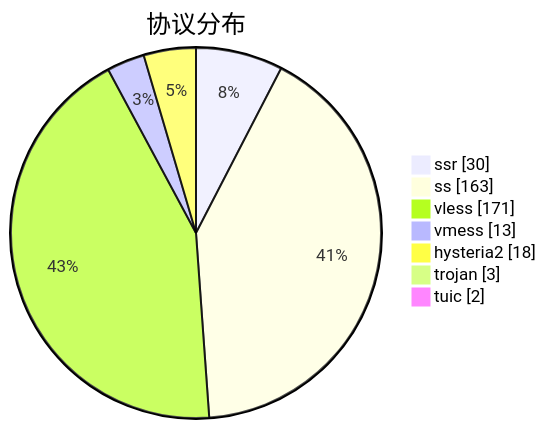
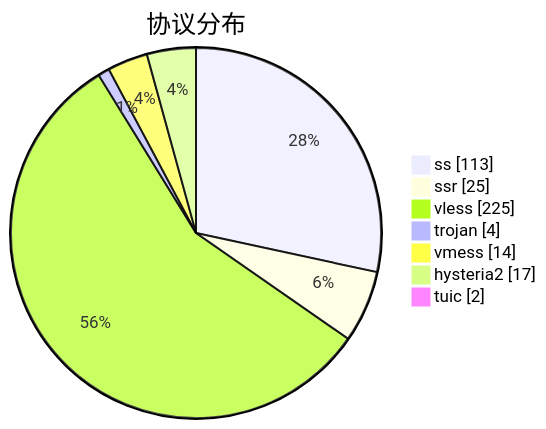
Before and after one commit to qjlxg/airport: the third of 3 diagrams in subs/statistics/tested_within.md, drawn with Mermaid. The commit also changed other lines of this file and 2 other files, not shown here.

````diff
--- a/subs/statistics/tested_within.md
+++ b/subs/statistics/tested_within.md
@@ -32,11 +28,11 @@
 ```mermaid
 pie showData
 title 协议分布
-"ssr" : 30
-"ss" : 163
-"vless" : 171
-"vmess" : 13
-"hysteria2" : 18
-"trojan" : 3
+"ss" : 113
+"ssr" : 25
+"vless" : 225
+"trojan" : 4
+"vmess" : 14
+"hysteria2" : 17
 "tuic" : 2
 ```
````
